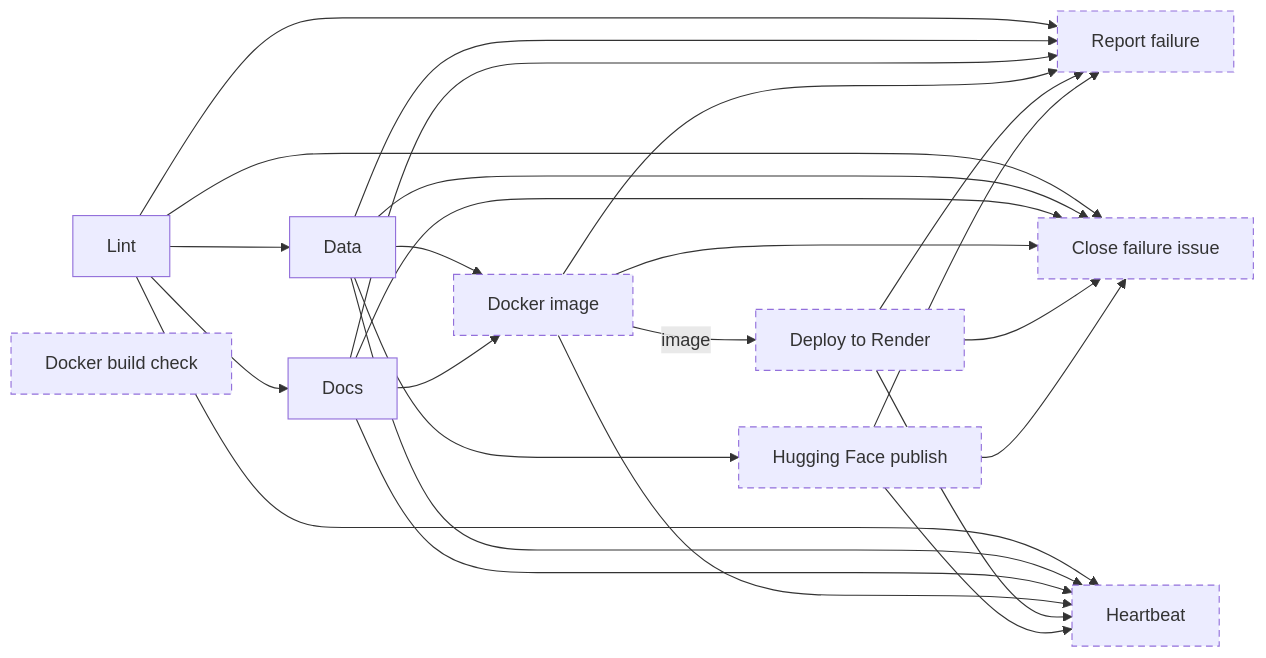
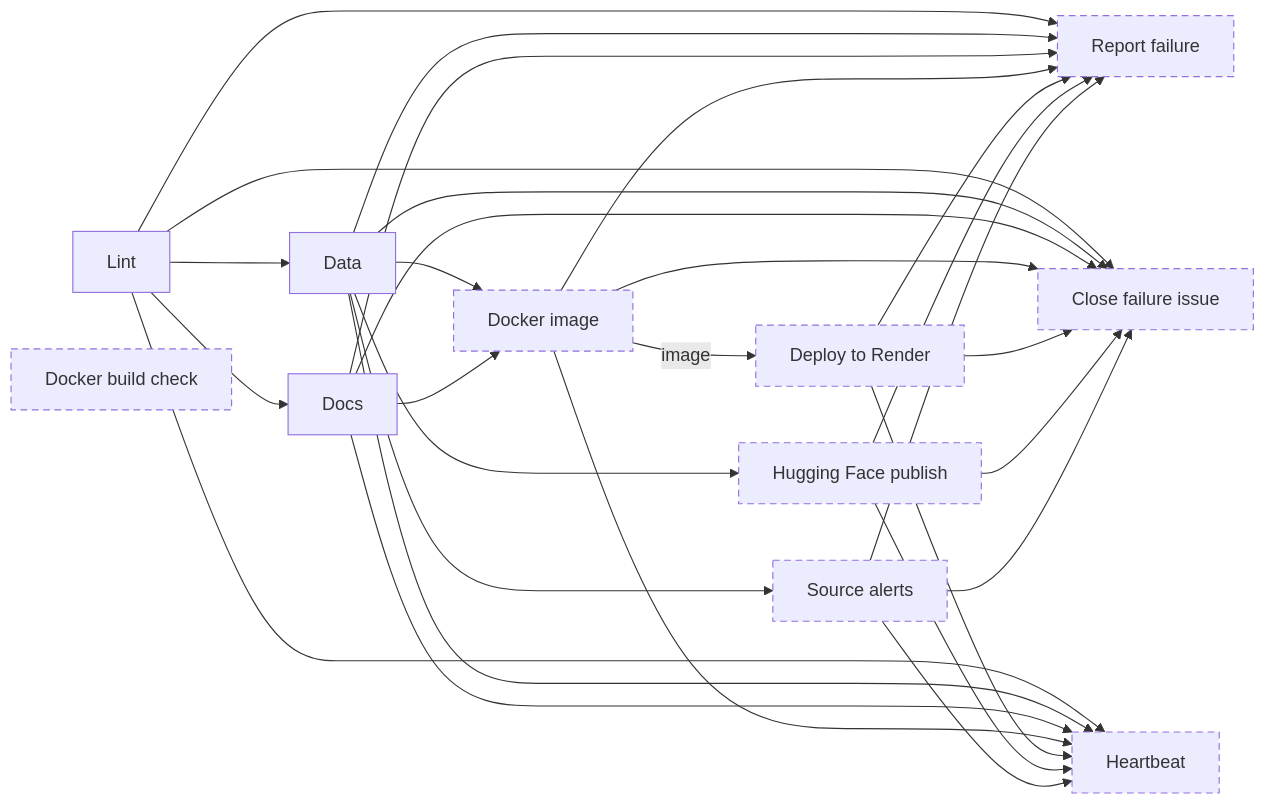
Before and after one commit to tryph0n/hybrid-tracker: the second of 3 diagrams in docs/architecture.md, drawn with Mermaid. The commit also changed other lines of this file and 5 other files, not shown here.

First line of the commit message:
ci(alerts): open one alert issue per source with a cause (#219)

````diff
--- a/docs/architecture.md
+++ b/docs/architecture.md
@@ -58,38 +58,43 @@
 ```mermaid
 flowchart LR
   classDef conditional stroke-dasharray: 6 4
   job_lint["Lint"]
   job_data["Data"]
   job_docs["Docs"]
   job_image_check["Docker build check"]:::conditional
   job_image["Docker image"]:::conditional
   job_deploy["Deploy to Render"]:::conditional
   job_publish["Hugging Face publish"]:::conditional
   job_report_failure["Report failure"]:::conditional
+  job_source_alerts["Source alerts"]:::conditional
   job_close_failure["Close failure issue"]:::conditional
   job_heartbeat["Heartbeat"]:::conditional
   job_lint --> job_data
   job_lint --> job_docs
   job_data --> job_image
   job_docs --> job_image
   job_image -->|image| job_deploy
   job_data --> job_publish
   job_lint --> job_report_failure
   job_data --> job_report_failure
   job_docs --> job_report_failure
   job_image --> job_report_failure
   job_deploy --> job_report_failure
   job_publish --> job_report_failure
+  job_source_alerts --> job_report_failure
+  job_data --> job_source_alerts
   job_lint --> job_close_failure
   job_data --> job_close_failure
   job_docs --> job_close_failure
   job_image --> job_close_failure
   job_deploy --> job_close_failure
   job_publish --> job_close_failure
+  job_source_alerts --> job_close_failure
   job_lint --> job_heartbeat
   job_data --> job_heartbeat
   job_docs --> job_heartbeat
   job_image --> job_heartbeat
   job_deploy --> job_heartbeat
   job_publish --> job_heartbeat
+  job_source_alerts --> job_heartbeat
 ```
````
